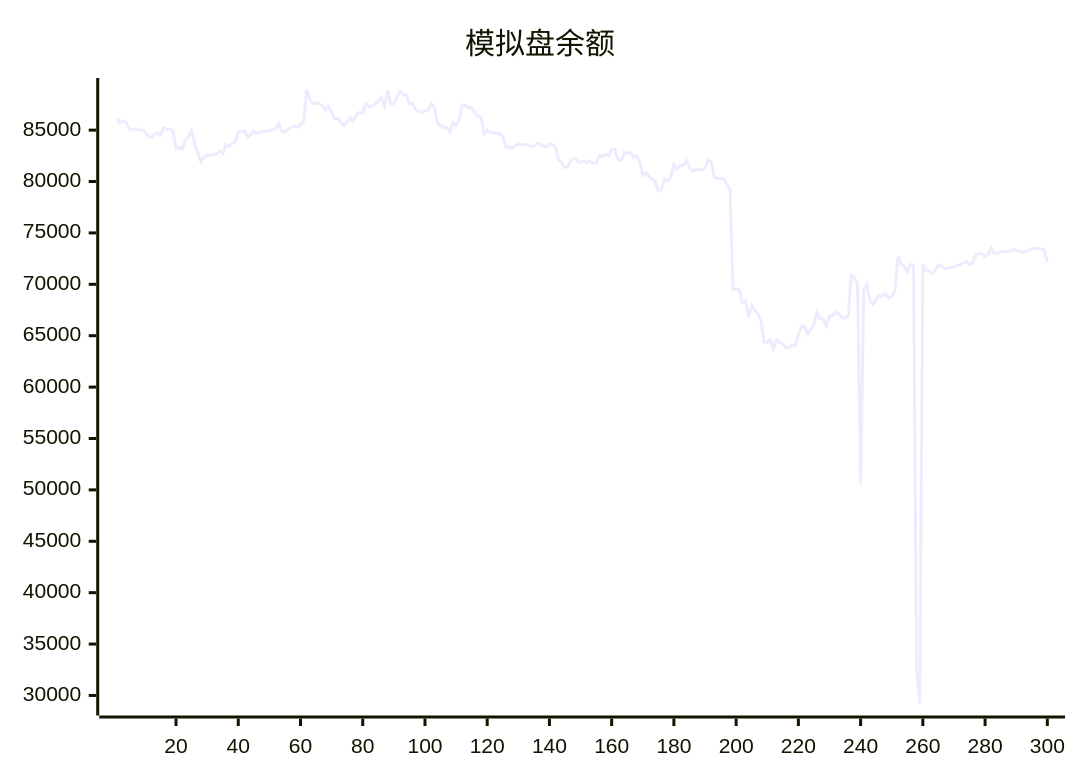
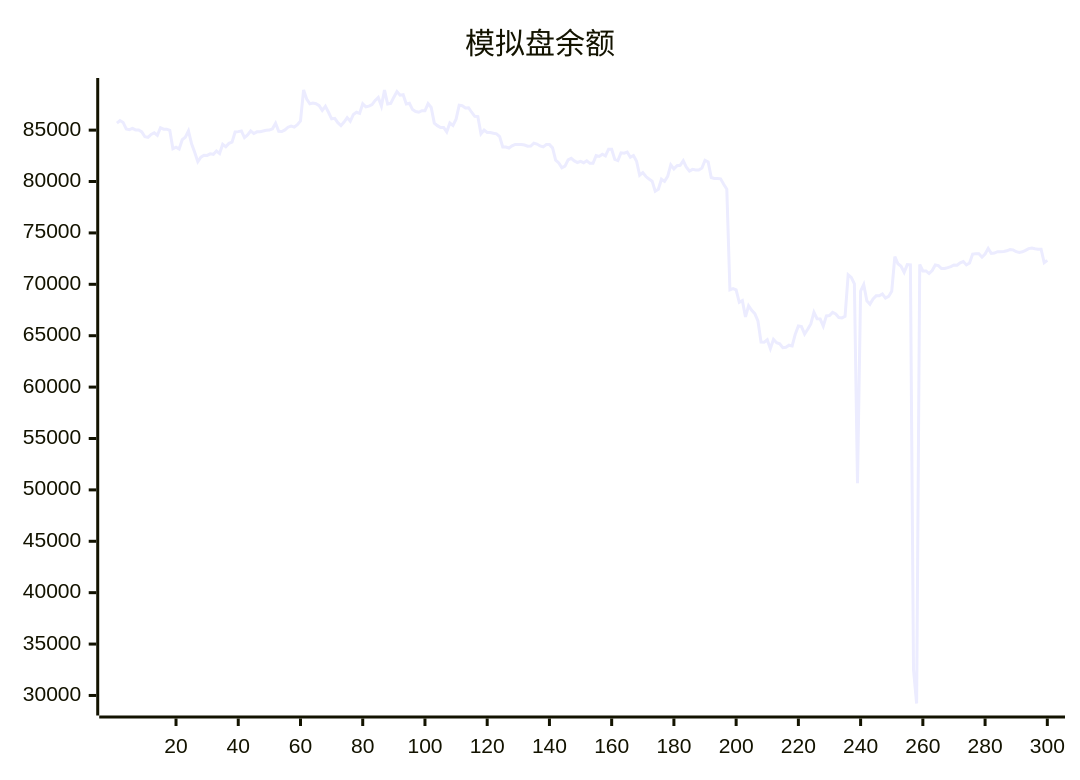
The diagram in README.md (aahl/ai-trading), drawn with Mermaid before and after one commit. The commit also changed other lines of this file and 1 other file, not shown here.

````diff
--- a/README.md
+++ b/README.md
@@ -5,5 +5,5 @@
 ```mermaid
 xychart
     title "模拟盘余额"
-    line [86136,85685,85938,85749,85111,85044,85164,85016,85008,84824,84354,84287,84572,84745,84500,85234,85096,85095,84970,83180,83338,83157,84070,84309,84922,83667,82850,81924,82369,82552,82539,82695,82648,82962,82728,83619,83378,83710,83825,84819,84854,84917,84265,84527,84919,84668,84834,84850,84916,84981,85004,85131,85674,84891,84864,85019,85284,85393,85294,85538,85894,88904,88012,87567,87625,87568,87386,86920,87313,86737,86094,86143,85725,85437,85787,86219,85859,86526,86740,86630,87563,87264,87335,87483,87886,88180,87335,88894,87544,87608,88207,88755,88401,88444,87543,87608,87000,86810,86740,86894,86884,87576,87209,85686,85435,85251,85255,84820,85689,85453,86066,87420,87373,87161,87178,86740,86341,86315,84643,85012,84772,84768,84690,84635,84376,83360,83357,83259,83474,83608,83606,83602,83548,83440,83454,83724,83644,83464,83365,83590,83592,83275,82072,81806,81344,81492,82109,82254,82006,81848,81955,81829,82022,81769,81776,82522,82441,82656,82498,83144,83144,82150,82038,82797,82763,82872,82367,82536,81981,80612,80862,80484,80242,80034,79063,79245,80226,80016,80507,81625,81233,81544,81578,82016,81401,81019,81186,81130,81118,81306,82066,81909,80392,80304,80291,80258,79729,79261,69466,69579,69456,68251,68415,66832,67911,67462,67144,66432,64380,64375,64606,63740,64647,64324,64216,63842,63877,64078,64008,65156,65945,65888,65157,65625,66144,67284,66653,66639,65924,66925,66956,67263,67108,66766,66729,66886,70927,70673,70049,50652,69334,69973,68400,68061,68578,68876,68879,69055,68662,68822,69329,72687,71999,71760,71162,71911,71896,32500,29218,71927,71297,71305,71044,71337,71883,71822,71536,71536,71622,71723,71880,71860,72100,72216,71887,72077,72940,72976,72966,72638,72948,73497,73004,73041,73173,73160,73186,73258,73375,73351,73173,73098,73161,73305,73474,73536,73457,73413,73412,72100]
+    line [85685,85938,85749,85111,85044,85164,85016,85008,84824,84354,84287,84572,84745,84500,85234,85096,85095,84970,83180,83338,83157,84070,84309,84922,83667,82850,81924,82369,82552,82539,82695,82648,82962,82728,83619,83378,83710,83825,84819,84854,84917,84265,84527,84919,84668,84834,84850,84916,84981,85004,85131,85674,84891,84864,85019,85284,85393,85294,85538,85894,88904,88012,87567,87625,87568,87386,86920,87313,86737,86094,86143,85725,85437,85787,86219,85859,86526,86740,86630,87563,87264,87335,87483,87886,88180,87335,88894,87544,87608,88207,88755,88401,88444,87543,87608,87000,86810,86740,86894,86884,87576,87209,85686,85435,85251,85255,84820,85689,85453,86066,87420,87373,87161,87178,86740,86341,86315,84643,85012,84772,84768,84690,84635,84376,83360,83357,83259,83474,83608,83606,83602,83548,83440,83454,83724,83644,83464,83365,83590,83592,83275,82072,81806,81344,81492,82109,82254,82006,81848,81955,81829,82022,81769,81776,82522,82441,82656,82498,83144,83144,82150,82038,82797,82763,82872,82367,82536,81981,80612,80862,80484,80242,80034,79063,79245,80226,80016,80507,81625,81233,81544,81578,82016,81401,81019,81186,81130,81118,81306,82066,81909,80392,80304,80291,80258,79729,79261,69466,69579,69456,68251,68415,66832,67911,67462,67144,66432,64380,64375,64606,63740,64647,64324,64216,63842,63877,64078,64008,65156,65945,65888,65157,65625,66144,67284,66653,66639,65924,66925,66956,67263,67108,66766,66729,66886,70927,70673,70049,50652,69334,69973,68400,68061,68578,68876,68879,69055,68662,68822,69329,72687,71999,71760,71162,71911,71896,32500,29218,71927,71297,71305,71044,71337,71883,71822,71536,71536,71622,71723,71880,71860,72100,72216,71887,72077,72940,72976,72966,72638,72948,73497,73004,73041,73173,73160,73186,73258,73375,73351,73173,73098,73161,73305,73474,73536,73457,73413,73412,72100,72333]
 ```
````
